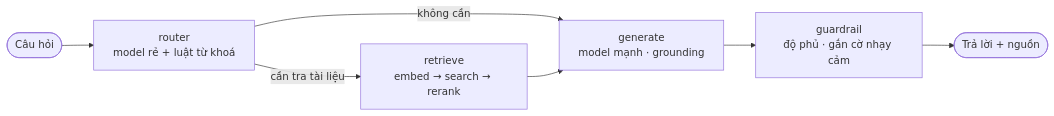
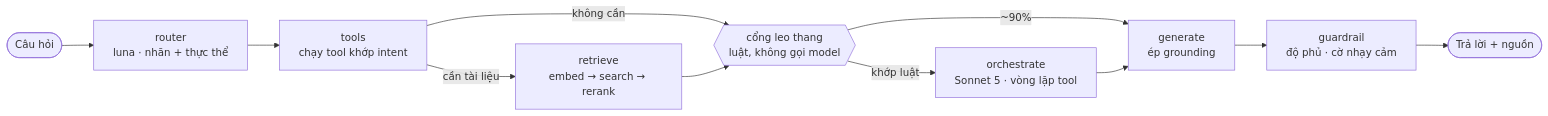
One commit to DQHuyyyyy/Sale_mate changed the second of 5 diagrams in docs/architecture_diagram.md. Above: the diagram before and after it, drawn with Mermaid. The commit also changed other lines of this file and 196 other files, not shown here.

````diff
--- a/docs/architecture_diagram.md
+++ b/docs/architecture_diagram.md
@@ -52,9 +82,13 @@
 ```mermaid
 graph LR
-    START(["Câu hỏi"]) --> Router["router<br/>model rẻ + luật từ khoá"]
-    Router -->|cần tra tài liệu| Retrieve["retrieve<br/>embed → search → rerank"]
-    Router -->|không cần| Generate
-    Retrieve --> Generate["generate<br/>model mạnh · grounding"]
-    Generate --> Guard["guardrail<br/>độ phủ · gắn cờ nhạy cảm"]
+    START(["Câu hỏi"]) --> Router["router<br/>luna · nhãn + thực thể"]
+    Router --> Tools["tools<br/>chạy tool khớp intent"]
+    Tools -->|cần tài liệu| Retrieve["retrieve<br/>embed → search → rerank"]
+    Tools -->|không cần| Cong
+    Retrieve --> Cong{{"cổng leo thang<br/>luật, không gọi model"}}
+    Cong -->|~90%| Generate
+    Cong -->|khớp luật| Orch["orchestrate<br/>Sonnet 5 · vòng lặp tool"]
+    Orch --> Generate["generate<br/>ép grounding"]
+    Generate --> Guard["guardrail<br/>độ phủ · cờ nhạy cảm"]
     Guard --> END(["Trả lời + nguồn"])
 ```
````
